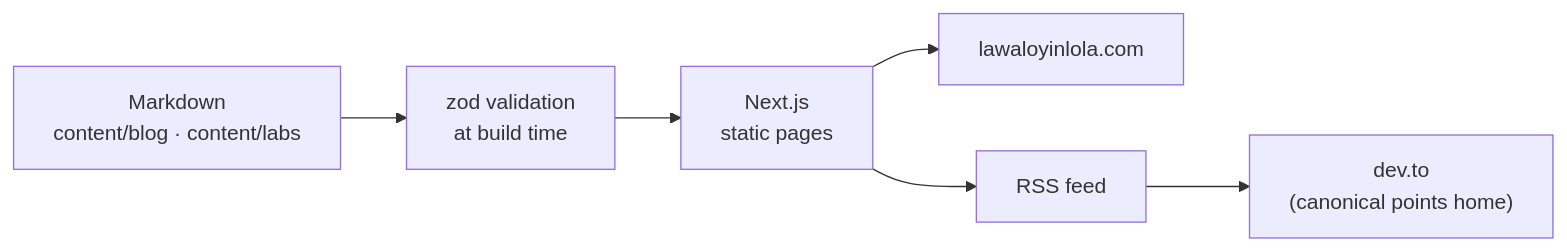
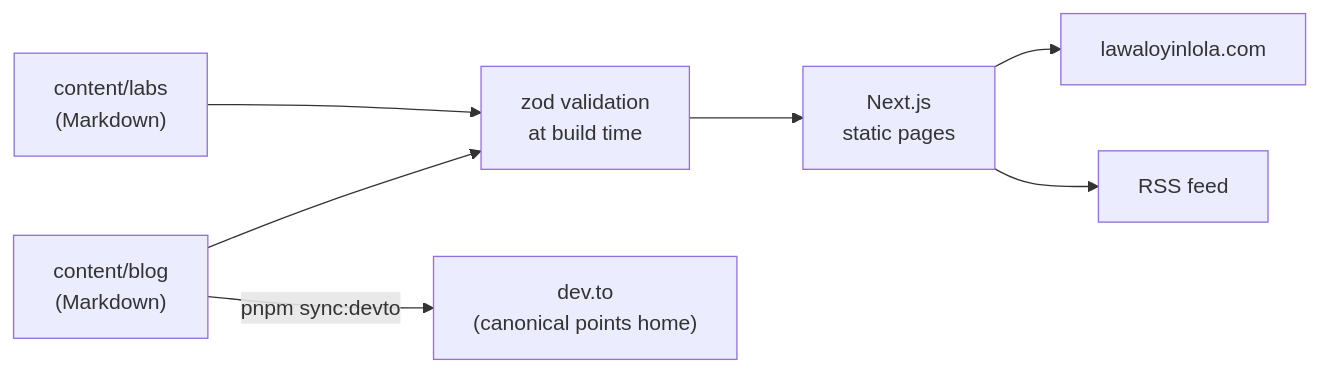
Before and after one commit to lawalOyinlola/lawalPortfolio: the first of 2 diagrams in README.md, drawn with Mermaid. The commit also changed other lines of this file, not shown here.

Commit message:
docs(readme): show sync:devto reading content/blog directly, not via RSS

````diff
--- a/README.md
+++ b/README.md
@@ -69,8 +71,9 @@
 ```mermaid
 flowchart LR
-  A["Markdown<br/>content/blog · content/labs"] --> B["zod validation<br/>at build time"]
-  B --> C["Next.js<br/>static pages"]
+  B["content/blog<br/>(Markdown)"] --> V["zod validation<br/>at build time"]
+  L["content/labs<br/>(Markdown)"] --> V
+  V --> C["Next.js<br/>static pages"]
   C --> D["lawaloyinlola.com"]
   C --> E["RSS feed"]
-  E --> F["dev.to<br/>(canonical points home)"]
+  B -->|"pnpm sync:devto"| F["dev.to<br/>(canonical points home)"]
 ```
````
